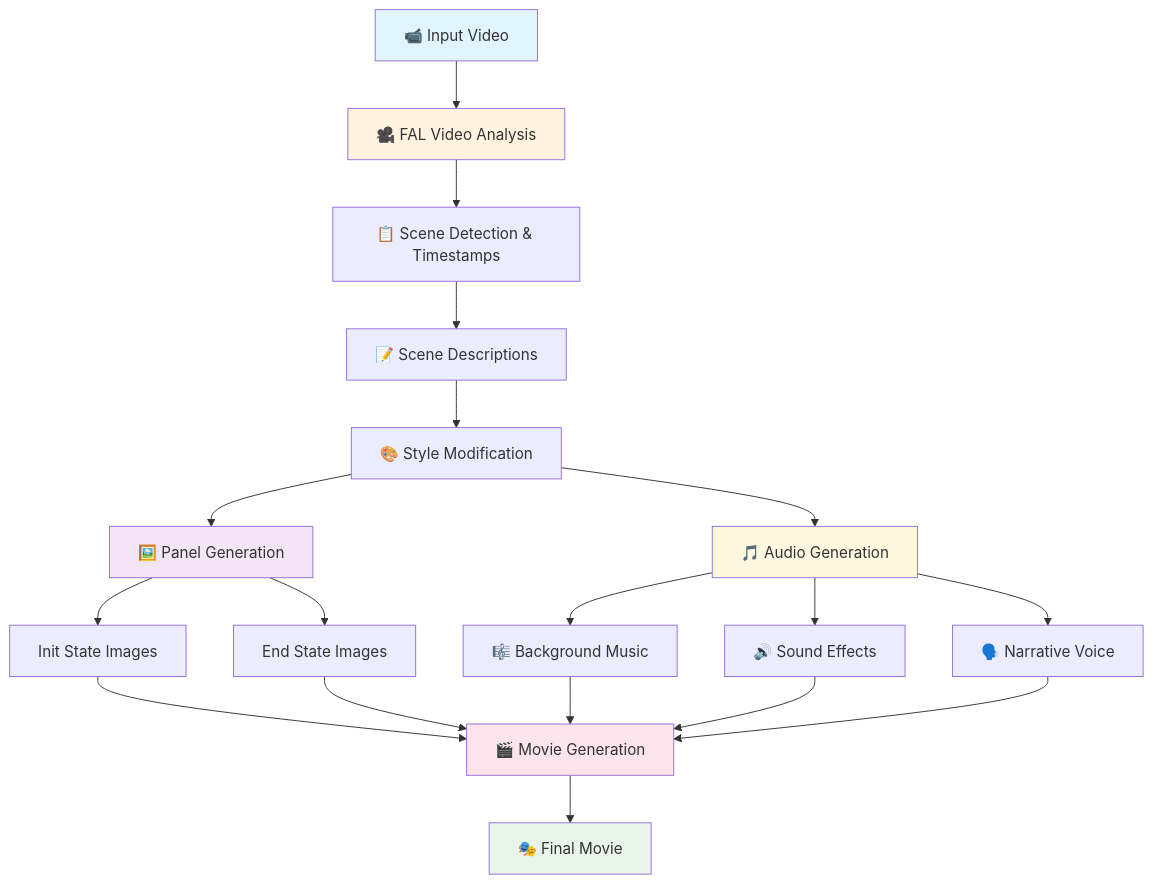
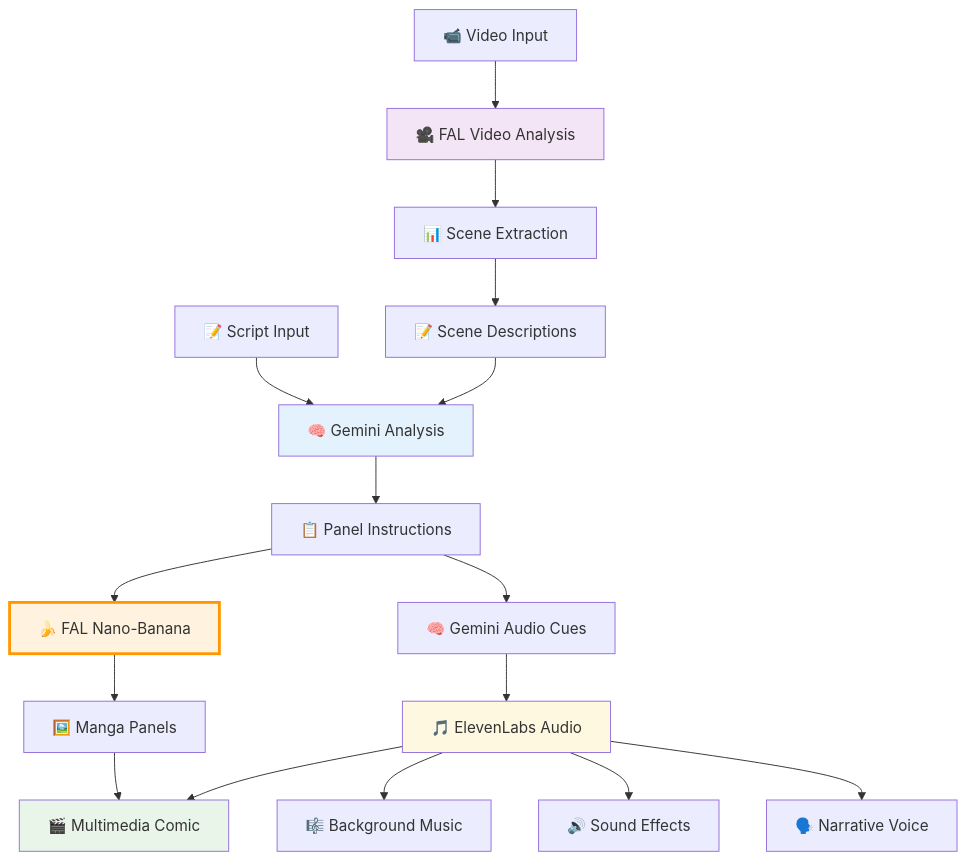
One commit to joewhaley/cinemanga changed the first of 2 diagrams in README.md. Above: the diagram before and after it, drawn with Mermaid. The commit also changed other lines of this file, not shown here.

Commit message:
update fal nano-banana details in README

````diff
--- a/README.md
+++ b/README.md
@@ -13,31 +16,28 @@
 ```mermaid
 graph TD
-    A[📹 Input Video] --> B[🎥 FAL Video Analysis]
-    B --> C[📋 Scene Detection & Timestamps]
-    C --> D[📝 Scene Descriptions]
-    D --> E[🎨 Style Modification]
-    E --> F[🖼️ Panel Generation]
-    E --> G[🎵 Audio Generation]
+    A[📝 Script Input] --> B[🧠 Gemini Analysis]
+    B --> C[📋 Panel Instructions]
+    C --> D[🍌 FAL Nano-Banana]
+    D --> E[🖼️ Manga Panels]
     
-    F --> F1[Init State Images]
-    F --> F2[End State Images]
+    C --> F[🧠 Gemini Audio Cues]
+    F --> G[🎵 ElevenLabs Audio]
+    
+    H[📹 Video Input] --> I[🎥 FAL Video Analysis]
+    I --> J[📊 Scene Extraction]
+    J --> K[📝 Scene Descriptions]
+    K --> B
+    
+    E --> L[🎬 Multimedia Comic]
+    G --> L
     
     G --> G1[🎼 Background Music]
     G --> G2[🔊 Sound Effects]
     G --> G3[🗣️ Narrative Voice]
     
-    F1 --> H[🎬 Movie Generation]
-    F2 --> H
-    G1 --> H
-    G2 --> H
-    G3 --> H
-    
-    H --> I[🎭 Final Movie]
-    
-    style A fill:#e1f5fe
-    style I fill:#e8f5e8
-    style B fill:#fff3e0
-    style F fill:#f3e5f5
+    style D fill:#fff3e0,stroke:#ff9800,stroke-width:3px
+    style B fill:#e3f2fd
     style G fill:#fff8e1
-    style H fill:#fce4ec
+    style L fill:#e8f5e8
+    style I fill:#f3e5f5
 ```
````
